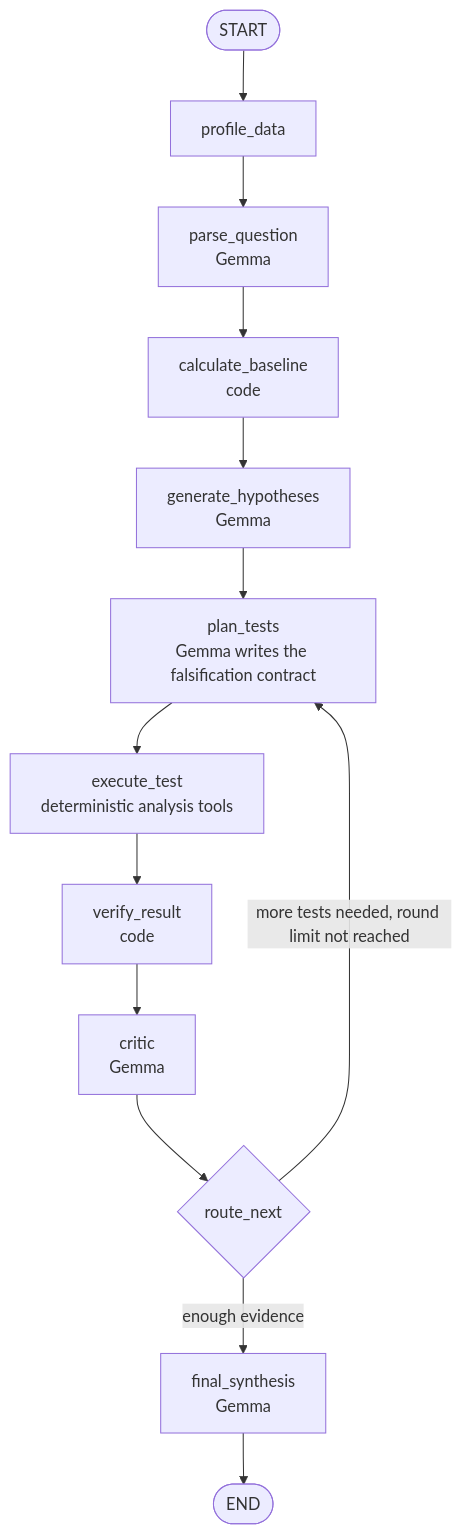
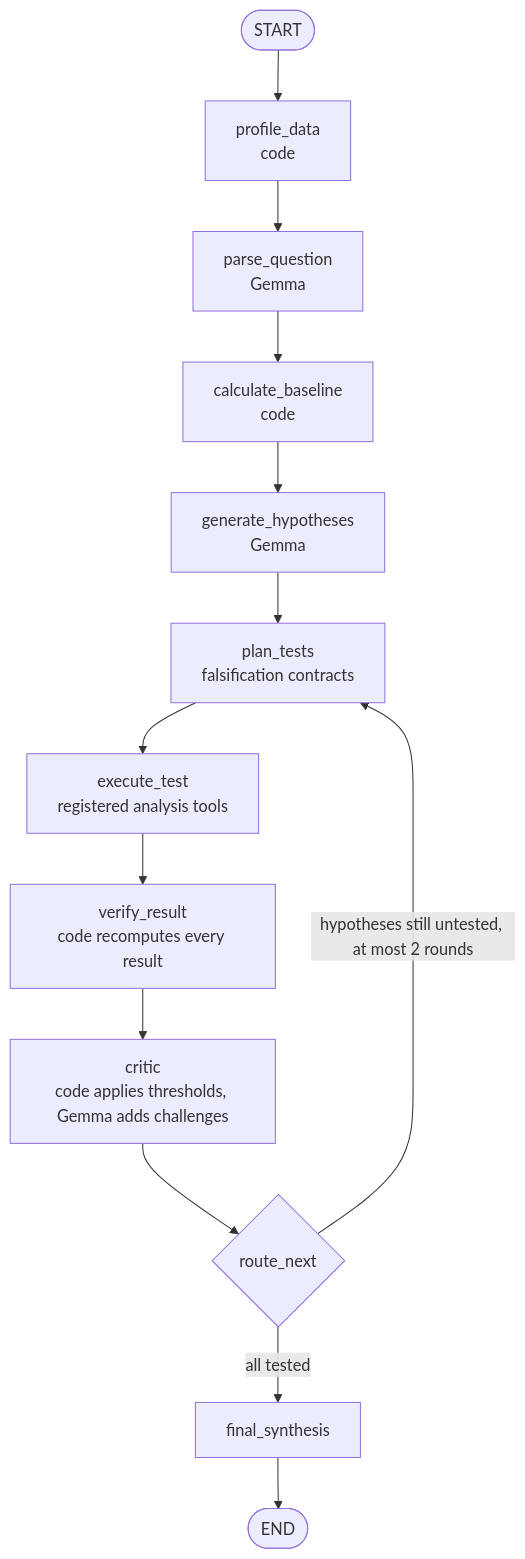
Before and after one commit to whatsyourname909/hacktoberfest_-hack-day-coimbatore-x-init-club-and-idea-club: the diagram in README.md, drawn with Mermaid. The commit also changed other lines of this file and 28 other files, not shown here.

````diff
--- a/README.md
+++ b/README.md
@@ -51,15 +51,15 @@
 ```mermaid
 flowchart TD
-    S([START]) --> A[profile_data]
+    S([START]) --> A[profile_data<br/>code]
     A --> B[parse_question<br/>Gemma]
     B --> C[calculate_baseline<br/>code]
     C --> D[generate_hypotheses<br/>Gemma]
-    D --> E[plan_tests<br/>Gemma writes the falsification contract]
-    E --> F[execute_test<br/>deterministic analysis tools]
-    F --> G[verify_result<br/>code]
-    G --> H[critic<br/>Gemma]
+    D --> E[plan_tests<br/>falsification contracts]
+    E --> F[execute_test<br/>registered analysis tools]
+    F --> G[verify_result<br/>code recomputes every result]
+    G --> H[critic<br/>code applies thresholds, Gemma adds challenges]
     H --> R{route_next}
-    R -->|more tests needed, round limit not reached| E
-    R -->|enough evidence| I[final_synthesis<br/>Gemma]
+    R -->|hypotheses still untested, at most 2 rounds| E
+    R -->|all tested| I[final_synthesis]
     I --> Z([END])
 ```
````
